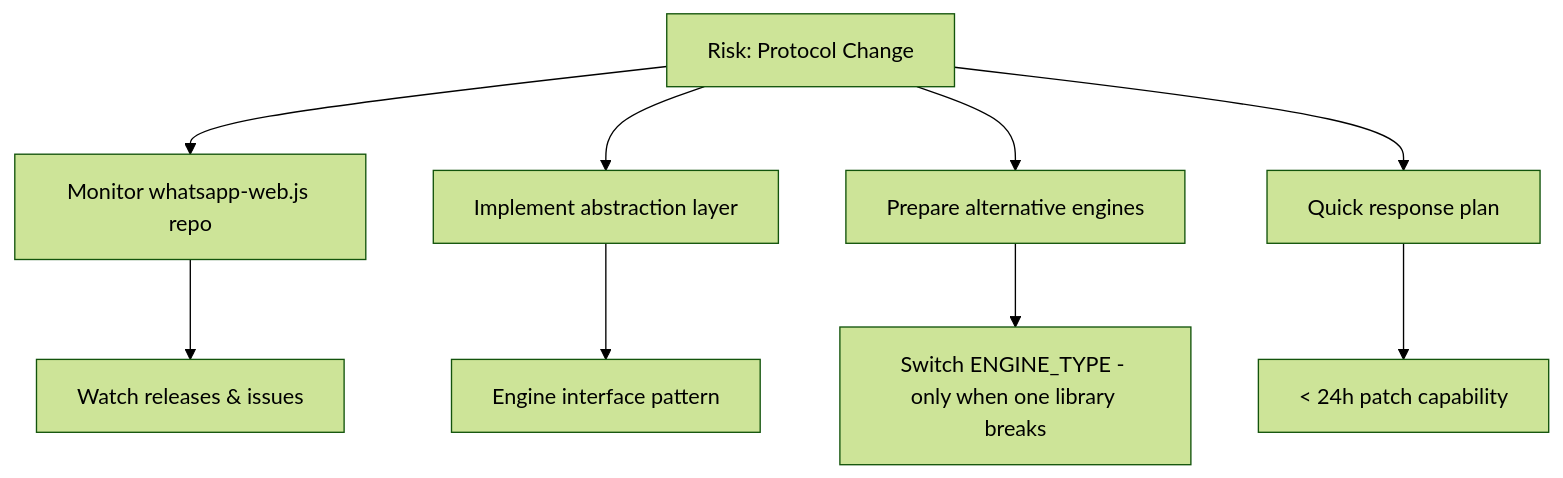
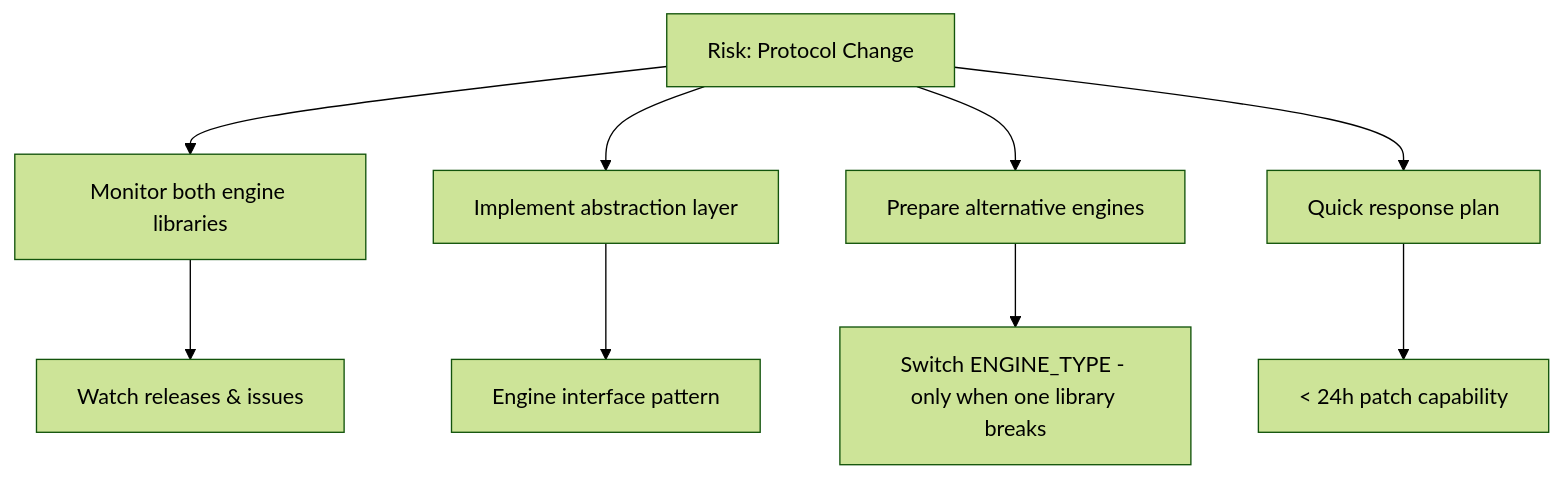
The second of 11 diagrams in docs/16-risk-management.md (AntoineTROOVY/Sherlo), drawn with Mermaid (forest theme) before and after one commit.

Commit message:
docs(risk): monitor both engine libraries in the R001 mitigation

````diff
--- a/docs/16-risk-management.md
+++ b/docs/16-risk-management.md
@@ -48,12 +48,12 @@
 ```mermaid
 flowchart TB
-    R[Risk: Protocol Change] --> M1[Monitor whatsapp-web.js repo]
+    R[Risk: Protocol Change] --> M1[Monitor both engine libraries]
     R --> M2[Implement abstraction layer]
     R --> M3[Prepare alternative engines]
     R --> M4[Quick response plan]
 
     M1 --> A1[Watch releases & issues]
     M2 --> A2[Engine interface pattern]
     M3 --> A3[Switch ENGINE_TYPE - only when one library breaks]
     M4 --> A4[< 24h patch capability]
 ```
````
